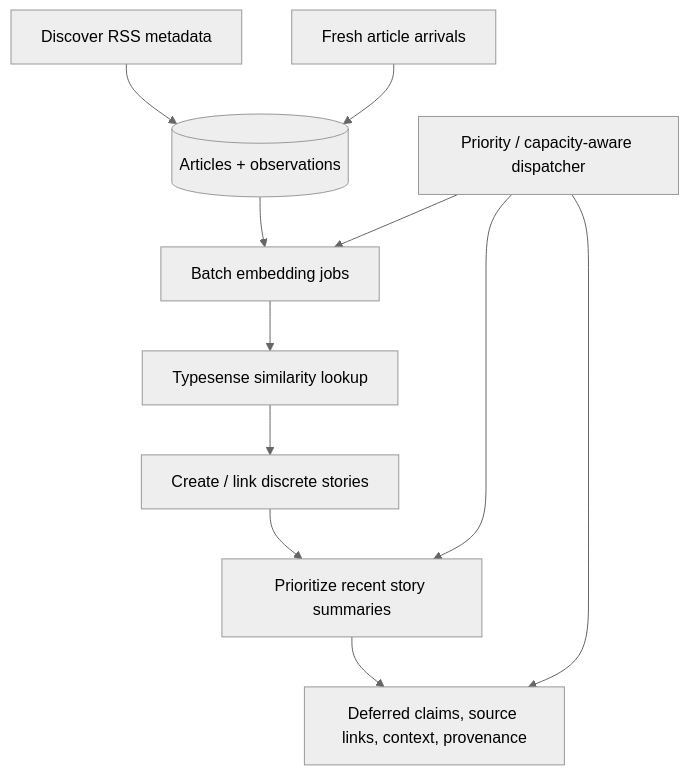
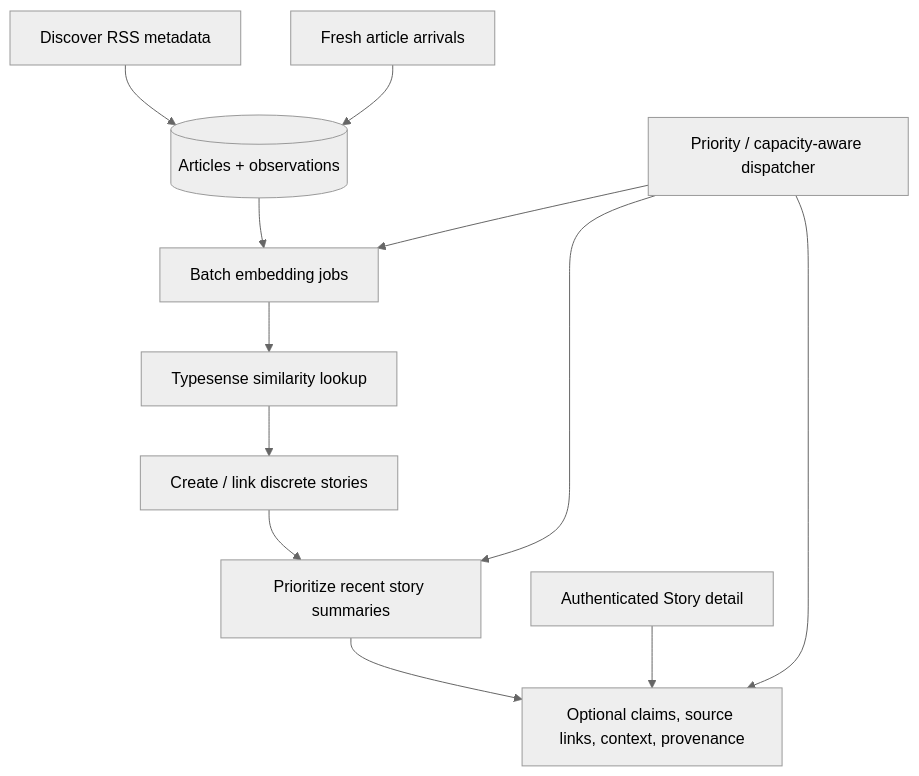
The second of 2 diagrams in docs/002-infrastructure.md (ndom91/domino-news), drawn with Mermaid (neutral theme) before and after one commit. The commit also changed other lines of this file and 2 other files, not shown here.

Commit message:
Document inference workflow safeguards

````diff
--- a/docs/002-infrastructure.md
+++ b/docs/002-infrastructure.md
@@ -112,13 +112,14 @@
 ```mermaid
 flowchart TD
     DISC[Discover RSS metadata] --> STORE[(Articles + observations)]
     STORE --> EMBQ[Batch embedding jobs]
     EMBQ --> SIM[Typesense similarity lookup]
     SIM --> CLUSTER[Create / link discrete stories]
     CLUSTER --> SUM[Prioritize recent story summaries]
-    SUM --> ENRICH[Deferred claims, source links, context, provenance]
+    SUM --> ENRICH[Optional claims, source links, context, provenance]
+    DETAIL[Authenticated Story detail] --> ENRICH
     FRESH[Fresh article arrivals] --> STORE
     SCHED[Priority / capacity-aware dispatcher] --> EMBQ
     SCHED --> SUM
     SCHED --> ENRICH
 ```
````
